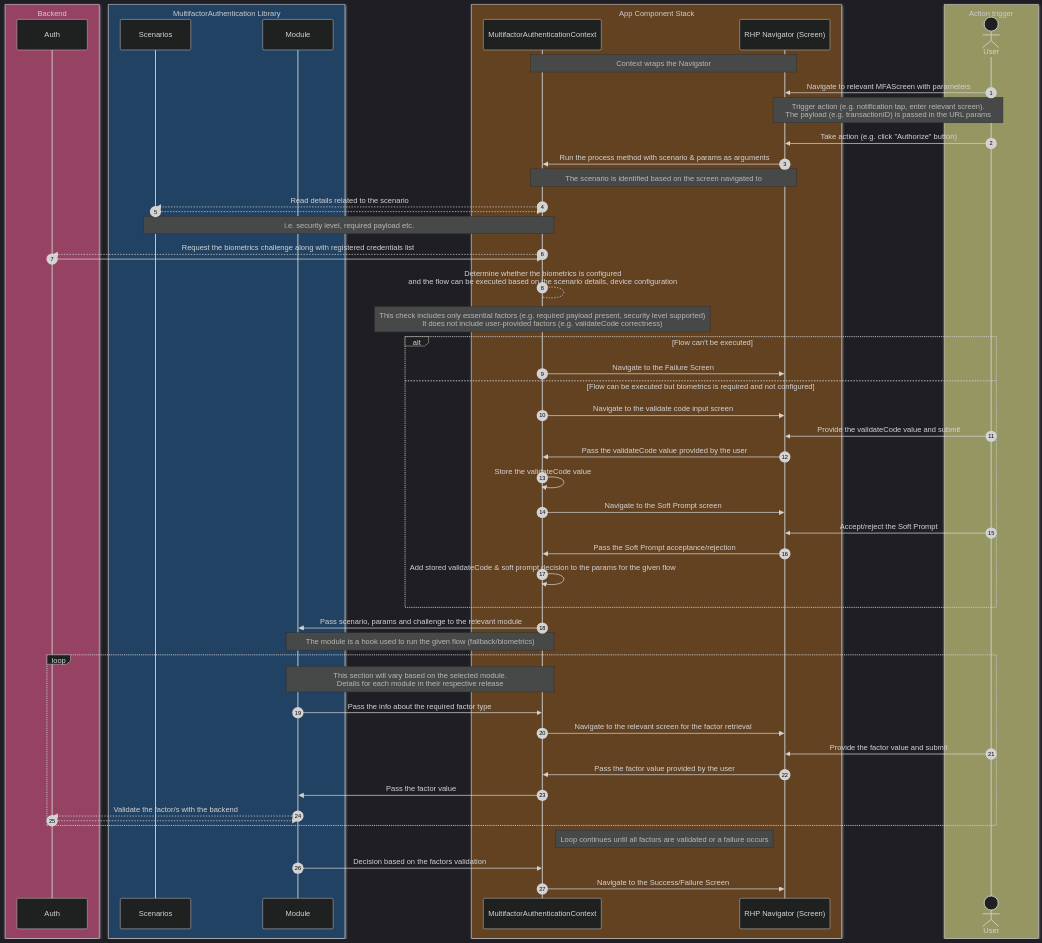
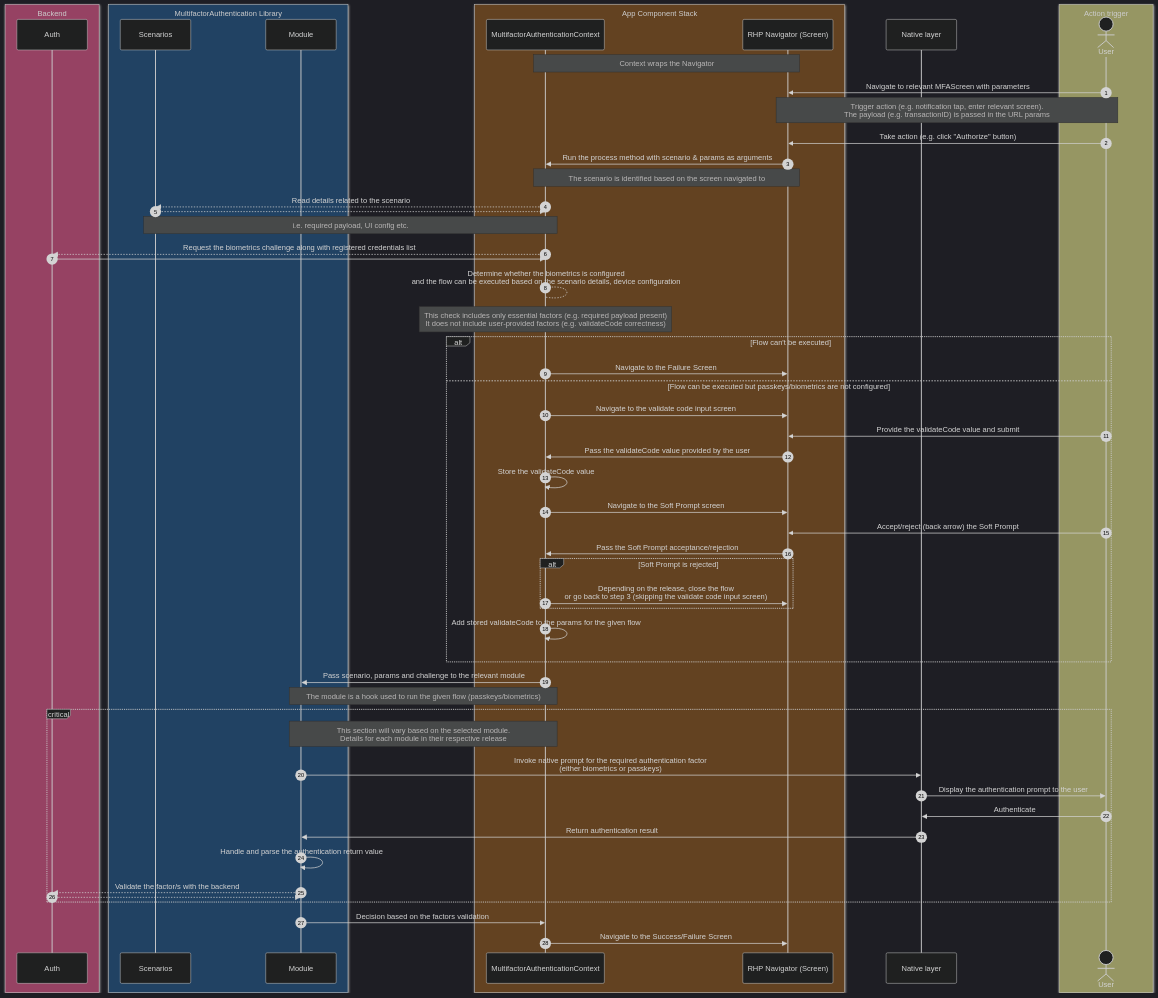
Before and after one commit to JakubKorytko/expensify-cards: the first of 4 diagrams in structure.md, drawn with Mermaid. The commit also changed other lines of this file and 5 other files, not shown here.

Commit message:
Update the diagrams and structure

````diff
--- a/structure.md
+++ b/structure.md
@@ -3,68 +3,71 @@
 ```mermaid
 ---
 config:
   theme: dark
 ---
 sequenceDiagram
     autonumber
     box rgba(150,66,99,1) Backend
         participant Server as Auth
     end
 
     box rgba(33,66,99,1) MultifactorAuthentication Library
         participant SC as Scenarios
         participant Module as Module
     end
 
     box rgba(99,66,33,1) App Component Stack
         participant MFACTX as MultifactorAuthenticationContext
         participant RHPRHP as RHP Navigator (Screen)
     end
 
+    participant NL as Native layer
 
     box rgba(150,150,99,1) Action trigger
         actor User
     end
-
 
     Note over MFACTX,RHPRHP: Context wraps the Navigator
     User->>RHPRHP: Navigate to relevant MFAScreen with parameters
     Note over User,RHPRHP: Trigger action (e.g. notification tap, enter relevant screen).<br />The payload (e.g. transactionID) is passed in the URL params
     User->>RHPRHP: Take action (e.g. click "Authorize" button)
     RHPRHP->>MFACTX: Run the process method with scenario & params as arguments
         Note over RHPRHP,MFACTX: The scenario is identified based on the screen navigated to
     MFACTX-->>SC: Read details related to the scenario
     SC-->>MFACTX: ;
-        Note over MFACTX,SC: i.e. security level, required payload etc.
+        Note over MFACTX,SC: i.e. required payload, UI config etc.
     MFACTX-->>Server: Request the biometrics challenge along with registered credentials list
     Server->>MFACTX: ;
     MFACTX-->MFACTX: Determine whether the biometrics is configured<br /> and the flow can be executed based on the scenario details, device configuration
-        Note over MFACTX: This check includes only essential factors (e.g. required payload present, security level supported) <br /> It does not include user-provided factors (e.g. validateCode correctness)
+        Note over MFACTX: This check includes only essential factors (e.g. required payload present) <br /> It does not include user-provided factors (e.g. validateCode correctness)
     alt Flow can't be executed
         MFACTX->>RHPRHP: Navigate to the Failure Screen
-    else Flow can be executed but biometrics is required and not configured
+    else Flow can be executed but passkeys/biometrics are not configured
         MFACTX->>RHPRHP: Navigate to the validate code input screen
         User->>RHPRHP: Provide the validateCode value and submit
         RHPRHP->>MFACTX: Pass the validateCode value provided by the user
         MFACTX->>MFACTX: Store the validateCode value
         MFACTX->>RHPRHP: Navigate to the Soft Prompt screen
-        User->>RHPRHP: Accept/reject the Soft Prompt
+        User->>RHPRHP: Accept/reject (back arrow) the Soft Prompt
         RHPRHP->>MFACTX: Pass the Soft Prompt acceptance/rejection
-        MFACTX->>MFACTX: Add stored validateCode & soft prompt decision to the params for the given flow
+        alt Soft Prompt is rejected
+            MFACTX->>RHPRHP: Depending on the release, close the flow <br />or go back to step 3 (skipping the validate code input screen)
+        end
+        MFACTX->>MFACTX: Add stored validateCode to the params for the given flow
     end
     MFACTX->>Module: Pass scenario, params and challenge to the relevant module
-        Note over MFACTX,Module: The module is a hook used to run the given flow (fallback/biometrics)
-    loop
+        Note over MFACTX,Module: The module is a hook used to run the given flow (passkeys/biometrics)
+    critical
         Note over Module,MFACTX: This section will vary based on the selected module.<br />Details for each module in their respective release
-        Module->>MFACTX: Pass the info about the required factor type
-        MFACTX->>RHPRHP: Navigate to the relevant screen for the factor retrieval
-        User->>RHPRHP: Provide the factor value and submit
-        RHPRHP->>MFACTX: Pass the factor value provided by the user
-        MFACTX->>Module: Pass the factor value
+        Module->>NL: Invoke native prompt for the required authentication factor<br />(either biometrics or passkeys)
+        NL->>User: Display the authentication prompt to the user
+        User->>NL: Authenticate
+        NL->>Module: Return authentication result
+        Module->>Module: Handle and parse the authentication return value
         Module-->>Server: Validate the factor/s with the backend
         Server-->>Module: ;
     end
-        Note left of RHPRHP: Loop continues until all factors are validated or a failure occurs
+
     Module->>MFACTX: Decision based on the factors validation
     MFACTX->>RHPRHP: Navigate to the Success/Failure Screen
 ```
````
